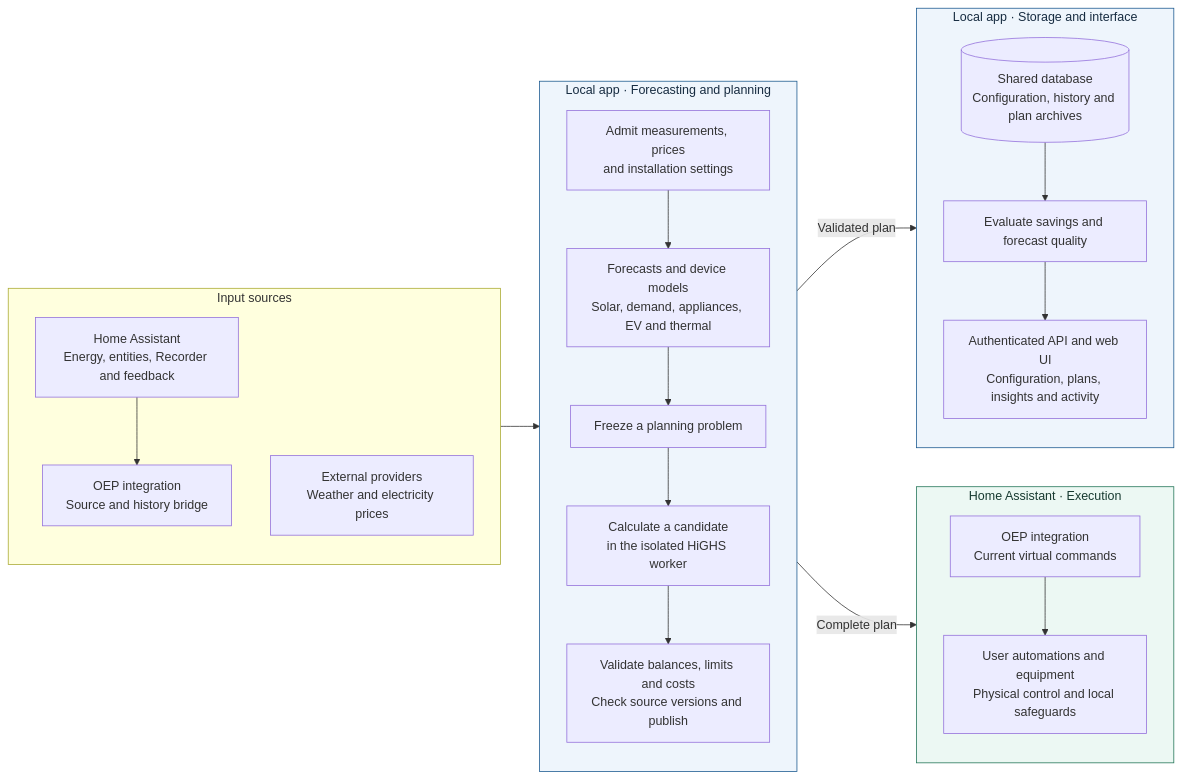
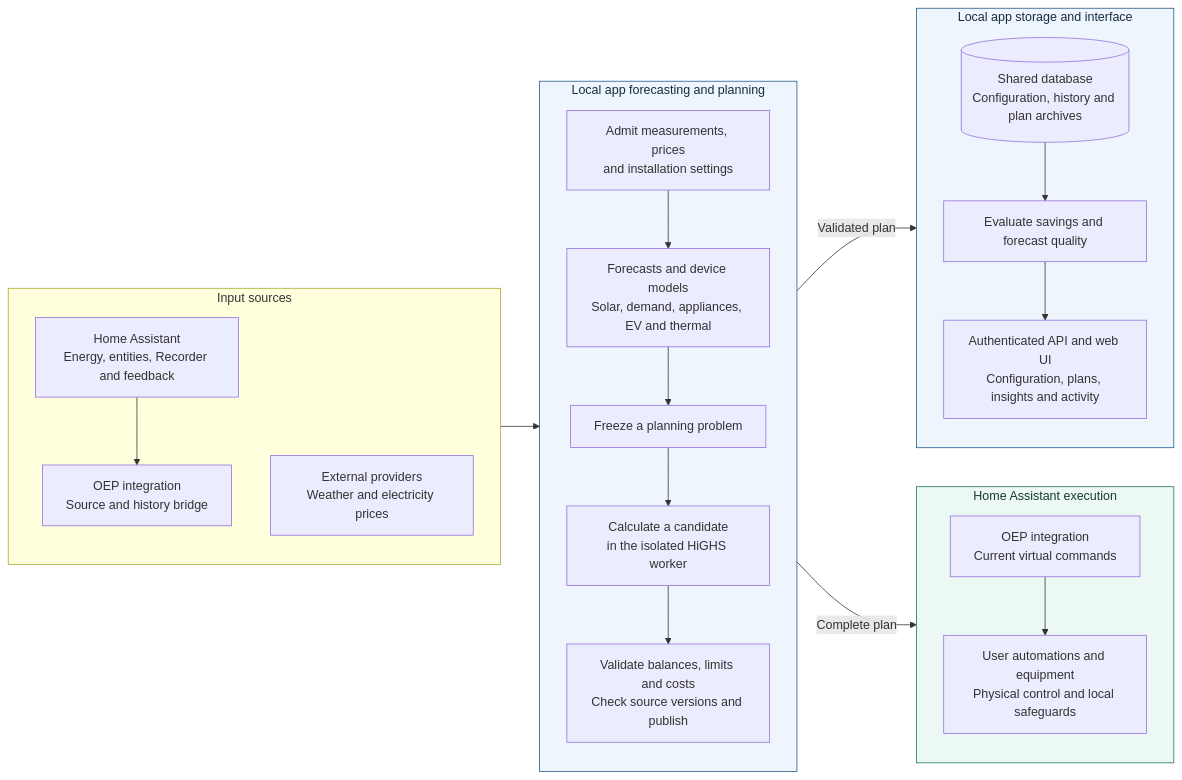
The diagram in docs/development/ARCHITECTURE-OVERVIEW.md (patrickvorgers/open-energy-planner), drawn with Mermaid before and after one commit. The commit also changed 2 other files, not shown here.

Commit message:
docs: simplify architecture diagram labels

````diff
--- a/docs/development/ARCHITECTURE-OVERVIEW.md
+++ b/docs/development/ARCHITECTURE-OVERVIEW.md
@@ -13,46 +13,46 @@
 ```mermaid
 flowchart LR
     accTitle: Open Energy Planner application flow
     accDescr: Home Assistant and external providers supply inputs. The local app builds forecasts, solves a planning problem and validates the result. The published plan feeds both the app's archive and the virtual commands that user automations can use.
 
     subgraph SOURCES["Input sources"]
         direction TB
         HA["Home Assistant<br/>Energy, entities, Recorder and feedback"]
         BRIDGE["OEP integration<br/>Source and history bridge"]
         PROVIDERS["External providers<br/>Weather and electricity prices"]
         HA --> BRIDGE
     end
 
-    subgraph CORE["Local app · Forecasting and planning"]
+    subgraph CORE["Local app forecasting and planning"]
         direction TB
         INPUTS["Admit measurements, prices<br/>and installation settings"]
         MODELS["Forecasts and device models<br/>Solar, demand, appliances, EV and thermal"]
         SNAPSHOT["Freeze a planning problem"]
         SOLVER["Calculate a candidate<br/>in the isolated HiGHS worker"]
         CHECKS["Validate balances, limits and costs<br/>Check source versions and publish"]
         INPUTS --> MODELS --> SNAPSHOT --> SOLVER --> CHECKS
     end
 
-    subgraph REPORTING["Local app · Storage and interface"]
+    subgraph REPORTING["Local app storage and interface"]
         direction TB
         ARCHIVE[("Shared database<br/>Configuration, history and plan archives")]
         INSIGHTS["Evaluate savings and forecast quality"]
         UI["Authenticated API and web UI<br/>Configuration, plans, insights and activity"]
         ARCHIVE --> INSIGHTS --> UI
     end
 
-    subgraph EXECUTION["Home Assistant · Execution"]
+    subgraph EXECUTION["Home Assistant execution"]
         direction TB
         COMMANDS["OEP integration<br/>Current virtual commands"]
         EQUIPMENT["User automations and equipment<br/>Physical control and local safeguards"]
         COMMANDS --> EQUIPMENT
     end
 
     SOURCES --> CORE
     CORE -->|Validated plan| REPORTING
     CORE -->|Complete plan| EXECUTION
 
     style CORE fill:#eef5fc,stroke:#1c5a90,color:#172c41
     style REPORTING fill:#eef5fc,stroke:#1c5a90,color:#172c41
     style EXECUTION fill:#ecf8f3,stroke:#237558,color:#173a30
 ```
````
